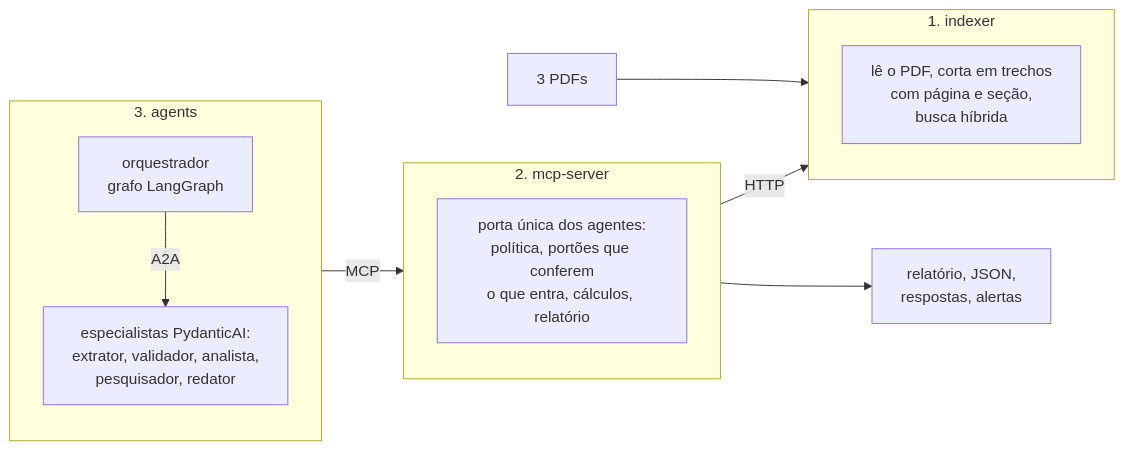
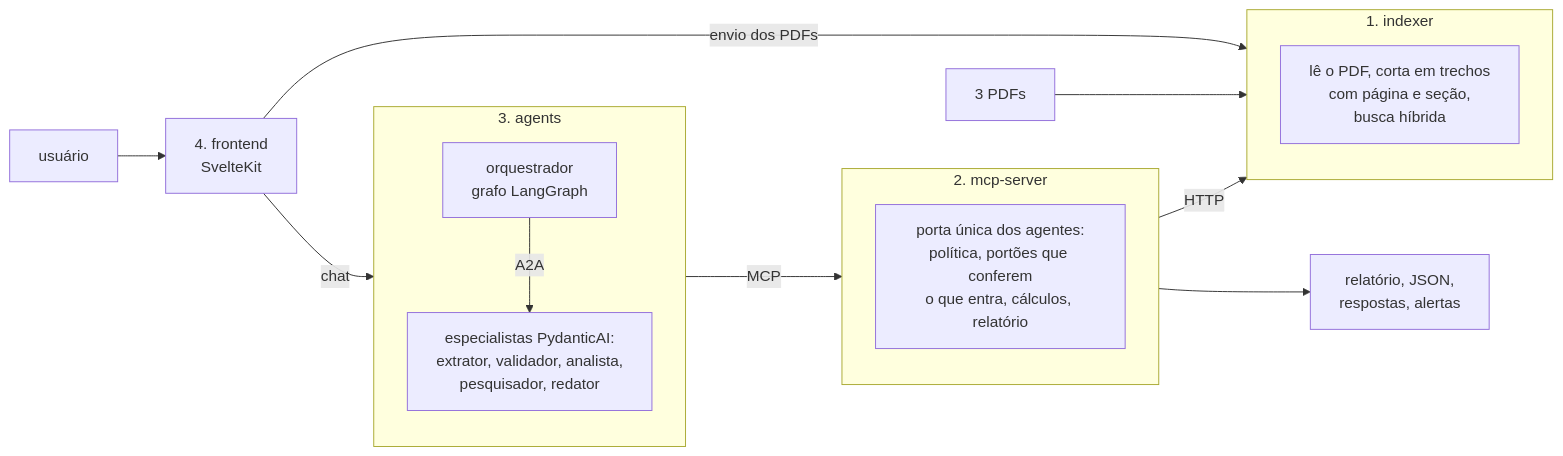
The diagram in README.md (proscholdt/MultAgent_AnaliseDocumental), drawn with Mermaid before and after one commit. The commit also changed other lines of this file and 47 other files, not shown here.

First line of the commit message:
Frontend em SvelteKit: envio dos documentos e chat com os agentes

````diff
--- a/README.md
+++ b/README.md
@@ -10,15 +10,18 @@
 ```mermaid
 flowchart LR
+    U[usuário] --> FE[4. frontend<br/>SvelteKit]
+    FE -->|envio dos PDFs| IDX
+    FE -->|chat| AG
     PDF[3 PDFs] --> IDX
     subgraph IDX[1. indexer]
         I[lê o PDF, corta em trechos<br/>com página e seção,<br/>busca híbrida]
     end
     subgraph MCP[2. mcp-server]
         M[porta única dos agentes:<br/>política, portões que conferem<br/>o que entra, cálculos, relatório]
     end
     subgraph AG[3. agents]
         O[orquestrador<br/>grafo LangGraph] -->|A2A| E[especialistas PydanticAI:<br/>extrator, validador, analista,<br/>pesquisador, redator]
     end
     AG -->|MCP| MCP -->|HTTP| IDX
     MCP --> R[relatório, JSON,<br/>respostas, alertas]
 ```
````
